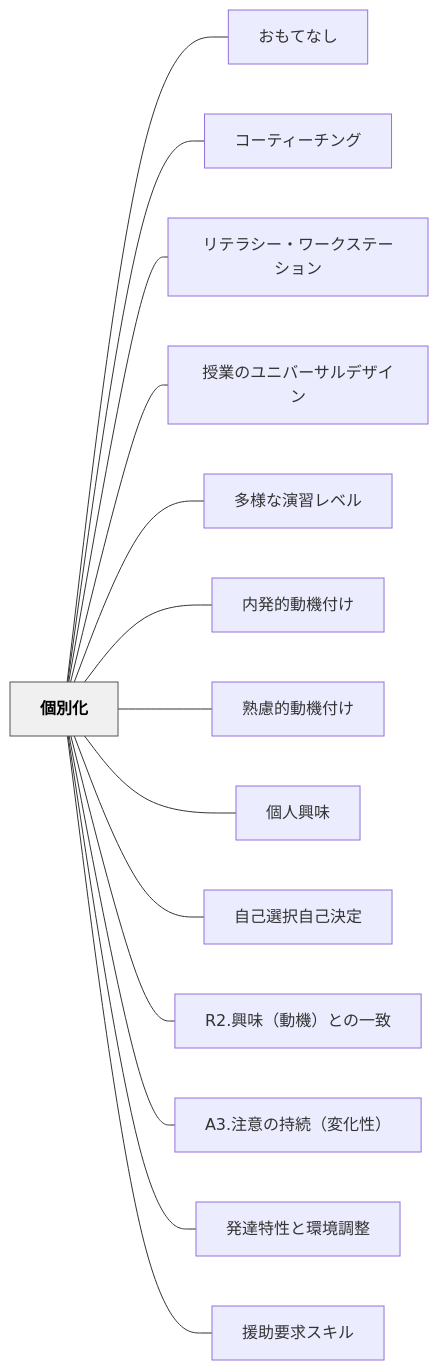
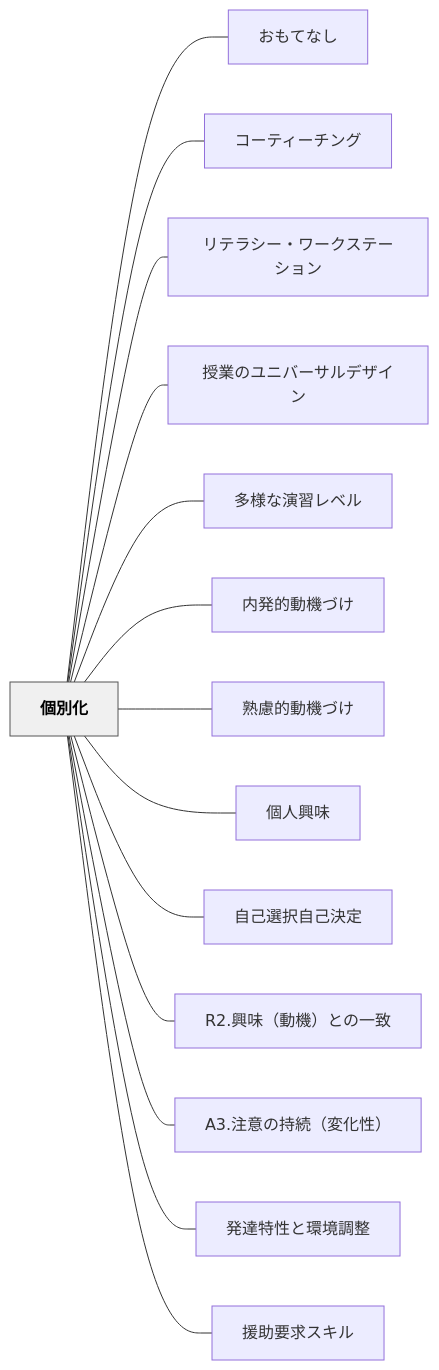
Before and after one commit to unknownthings-ed-patterns/unknownthings-ed-patterns: the diagram in content/パタン/個別化.md, drawn with Mermaid. The commit also changed other lines of this file and 234 other files, not shown here.

````diff
--- a/content/パタン/個別化.md
+++ b/content/パタン/個別化.md
@@ -55,34 +55,34 @@
 ```mermaid
 flowchart LR
     ne5808be588a5e58c96["個別化"]
     ne3818ae38282e381a6e381aae38197["おもてなし"]
     ne382b3e383bce38386e382a3e383bce38381e383b3e382b0["コーティーチング"]
     ne383aae38386e383a9e382b7e383bce383bbe383afe383bce382afe382b9e38386e383bce382b7e383a7e383b3["リテラシー・ワークステーション"]
     ne68e88e6a5ade381aee383a6e3838be38390e383bce382b5e383abe38387e382b6e382a4e383b3["授業のユニバーサルデザイン"]
     ne5a49ae6a798e381aae6bc94e7bf92e383ace38399e383ab["多様な演習レベル"]
-    ne58685e799bae79a84e58b95e6a99fe4bb98e38191["内発的動機付け"]
-    ne7869fe685aee79a84e58b95e6a99fe4bb98e38191["熟慮的動機付け"]
+    ne58685e799bae79a84e58b95e6a99fe381a5e38191["内発的動機づけ"]
+    ne7869fe685aee79a84e58b95e6a99fe381a5e38191["熟慮的動機づけ"]
     ne5808be4babae88888e591b3["個人興味"]
     ne887aae5b7b1e981b8e68a9ee887aae5b7b1e6b1bae5ae9a["自己選択自己決定"]
     n52322ee88888e591b3efbc88e58b95e6a99fefbc89e381a8e381aee4b880e887b4["R2.興味（動機）との一致"]
     n41332ee6b3a8e6848fe381aee68c81e7b69aefbc88e5a489e58c96e680a7efbc89["A3.注意の持続（変化性）"]
     ne799bae98194e789b9e680a7e381a8e792b0e5a283e8aabfe695b4["発達特性と環境調整"]
     ne68fb4e58aa9e8a681e6b182e382b9e382ade383ab["援助要求スキル"]
 
     ne5808be588a5e58c96 --- ne3818ae38282e381a6e381aae38197
     ne5808be588a5e58c96 --- ne382b3e383bce38386e382a3e383bce38381e383b3e382b0
     ne5808be588a5e58c96 --- ne383aae38386e383a9e382b7e383bce383bbe383afe383bce382afe382b9e38386e383bce382b7e383a7e383b3
     ne5808be588a5e58c96 --- ne68e88e6a5ade381aee383a6e3838be38390e383bce382b5e383abe38387e382b6e382a4e383b3
     ne5808be588a5e58c96 --- ne5a49ae6a798e381aae6bc94e7bf92e383ace38399e383ab
-    ne5808be588a5e58c96 --- ne58685e799bae79a84e58b95e6a99fe4bb98e38191
-    ne5808be588a5e58c96 --- ne7869fe685aee79a84e58b95e6a99fe4bb98e38191
+    ne5808be588a5e58c96 --- ne58685e799bae79a84e58b95e6a99fe381a5e38191
+    ne5808be588a5e58c96 --- ne7869fe685aee79a84e58b95e6a99fe381a5e38191
     ne5808be588a5e58c96 --- ne5808be4babae88888e591b3
     ne5808be588a5e58c96 --- ne887aae5b7b1e981b8e68a9ee887aae5b7b1e6b1bae5ae9a
     ne5808be588a5e58c96 --- n52322ee88888e591b3efbc88e58b95e6a99fefbc89e381a8e381aee4b880e887b4
     ne5808be588a5e58c96 --- n41332ee6b3a8e6848fe381aee68c81e7b69aefbc88e5a489e58c96e680a7efbc89
     ne5808be588a5e58c96 --- ne799bae98194e789b9e680a7e381a8e792b0e5a283e8aabfe695b4
     ne5808be588a5e58c96 --- ne68fb4e58aa9e8a681e6b182e382b9e382ade383ab
 
     classDef hub fill:#f0f0f0,stroke:#555,color:#000,font-weight:bold
     class ne5808be588a5e58c96 hub
 ```
````
